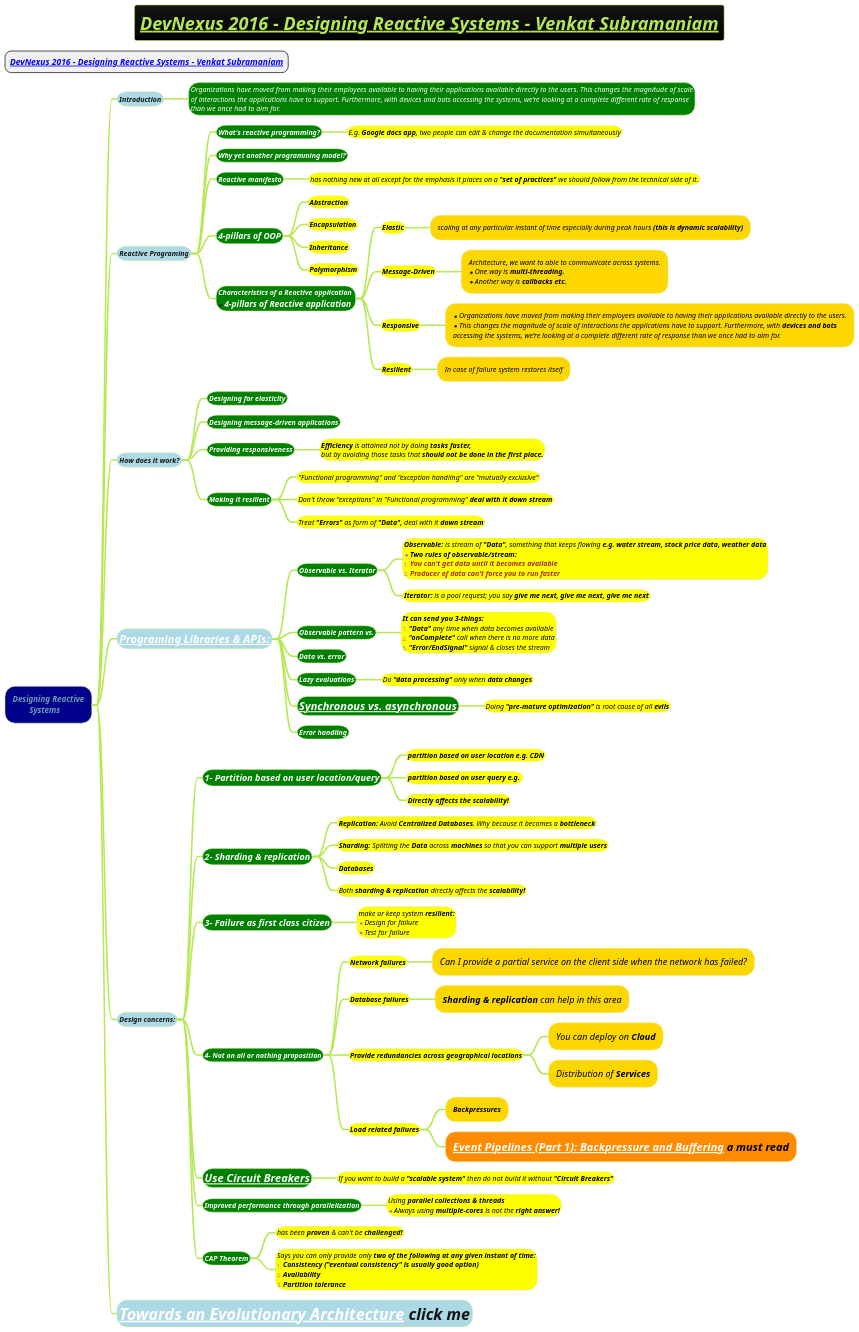
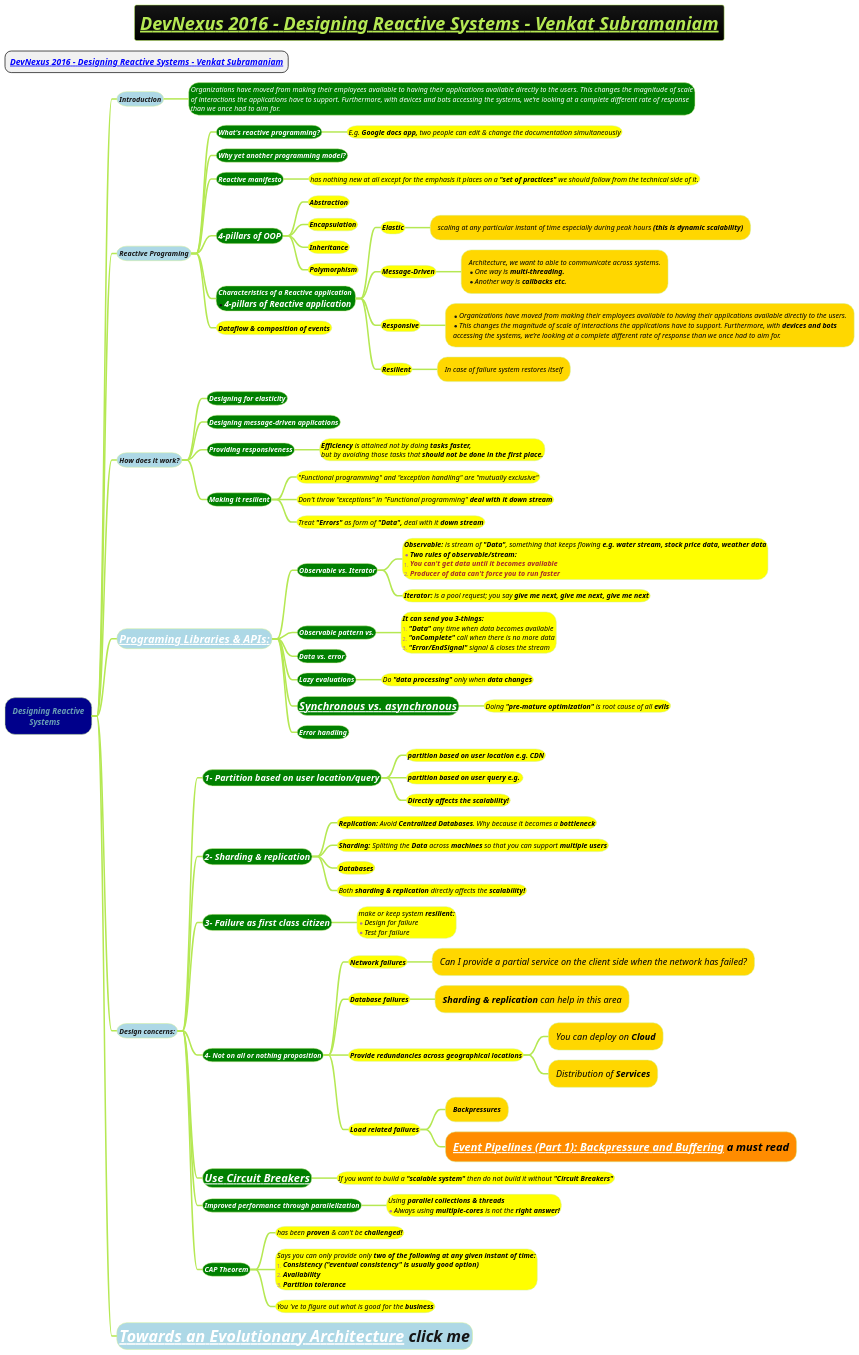
One commit to MehmoodHashmi/Documentation-as-Code-DaC changed the diagram in docs/3-programming-languages/Venkat-Subramaniam/Designing-Reactive-Systems.puml. Above: the diagram before and after it, drawn with PlantUML. The commit also changed 6 other files, not shown here.

```diff
--- a/docs/3-programming-languages/Venkat-Subramaniam/Designing-Reactive-Systems.puml
+++ b/docs/3-programming-languages/Venkat-Subramaniam/Designing-Reactive-Systems.puml
@@ -1,96 +1,98 @@
 @startmindmap
 title =<i><b><u>DevNexus 2016 - Designing Reactive Systems - Venkat Subramaniam
 
 * ===<i><b>[[https://www.youtube.com/watch?v=2k76zO2Q6vg&t=7003s&ab_channel=devnexus DevNexus 2016 - Designing Reactive Systems - Venkat Subramaniam]]
 !theme hacker
 
 *[#darkblue] <i>Designing Reactive\n<i>\tSystems
 **[#lightblue] <i><color #blac><size:14>Introduction
 ***[#green]:<i><color #white><size:14>Organizations have moved from making their employees available to having their applications available directly to the users. This changes the magnitude of scale
 <i><color #white><size:14>of interactions the applications have to support. Furthermore, with devices and bots accessing the systems, we’re looking at a complete different rate of response
 <i><color #white><size:14>than we once had to aim for.;
 
 **[#lightblue] <i><color #blac><size:14>Reactive Programing
 ***[#green] <i><color #white><size:14><b>What's reactive programming?
 ****[#yellow] <i><color #black><size:14>E.g. **Google docs app,** two people can edit & change the documentation simultaneously
 ***[#green] <i><color #white><size:14><b>Why yet another programming model?
 ***[#green] <i><color #white><size:14><b>Reactive manifesto
 ****[#yellow] <i><color #black><size:14>has nothing new at all except for the emphasis it places on a <b>"set of practices"</b> we should follow from the technical side of it.
 ***[#green] <i><color #white><size:14><i><color #white><size:17><b>4-pillars of OOP
 ****[#yellow] <b><i><color #black><size:14>Abstraction
 ****[#yellow] <b><i><color #black><size:14>Encapsulation
 ****[#yellow] <b><i><color #black><size:14>Inheritance
 ****[#yellow] <b><i><color #black><size:14>Polymorphism
 ***[#green] <i><color #white><size:14><b>Characteristics of a Reactive application \n*<i><color #white><size:17><b>4-pillars of Reactive application
 ****[#yellow] <b><i><color #black><size:14>Elastic
 *****[#gold] <i><color #black><size:14>scaling at any particular instant of time especially during peak hours <b>(this is dynamic scalability)
 ****[#yellow] <b><i><color #black><size:14>Message-Driven
 *****[#gold]:<i><color #black><size:14>Architecture, we want to able to communicate across systems.
 *<i><color #black><size:14>One way is <b>multi-threading.
 *<i><color #black><size:14>Another way is <b>callbacks etc.;
 ****[#yellow] <b><i><color #black><size:14>Responsive
 *****[#gold]:*<i><color #black><size:14>Organizations have moved from making their employees available to having their applications available directly to the users.
 *<i><color #black><size:14>This changes the magnitude of scale of interactions the applications have to support. Furthermore, with <b>devices and bots
 <i><color #black><size:14>accessing the systems, we’re looking at a complete different rate of response than we once had to aim for.;
 ****[#yellow] <b><i><color #black><size:14>Resilient
 *****[#gold] <i><color #black><size:14>In case of failure system restores itself
+***[#yellow] <b><i><color #black><size:14>Dataflow & composition of events
 **[#lightblue] <i><color #blac><size:14>How does it work?
 ***[#green] <i><color #white><size:14><b>Designing for elasticity
 ***[#green] <i><color #white><size:14><b>Designing message-driven applications
 ***[#green] <i><color #white><size:14><b>Providing responsiveness
 ****[#yellow] <i><color #black><size:14><b>Efficiency</b> is attained not by doing <b>tasks faster,\n<i><color #black><size:14>but by avoiding those tasks that <b>should not be done in the first place.
 ***[#green] <i><color #white><size:14><b>Making it resilient
 ****[#yellow] <i><color #black><size:14>"Functional programming" and "exception handling" are "mutually exclusive"
 ****[#yellow] <i><color #black><size:14>Don't throw "exceptions" in "Functional programming" <b>deal with it down stream
 ****[#yellow] <i><color #black><size:14>Treat <b>"Errors"</b> as form of <b>"Data",</b> deal with it <b>down stream
 **[#lightblue] <i><color #blac><size:22>[[Reactive-Data-Stream.puml Programing Libraries & APIs:]]
 ***[#green] <i><color #white><size:14><b>Observable vs. Iterator
 ****[#yellow]:<i><color #black><size:14><b>Observable:</b> is stream of <b>"Data"</b>, something that keeps flowing <b>e.g. water stream, stock price data, weather data
 *<i><color #black><size:14><b>Two rules of observable/stream:
 #<i><color #brown><size:14><b>You can't get data until it becomes available
 #<i><color #brown><size:14><b>Producer of data can't force you to run faster;
 ****[#yellow] <i><color #black><size:14><b>Iterator:</b> is a pool request; you say <b>give me next, give me next, give me next
 ***[#green] <i><color #white><size:14><b>Observable pattern vs.
 ****[#yellow]:<i><color #black><size:14><b>It can send you 3-things:</b>
 #<i><color #black><size:14>**"Data"** any time when data becomes available
 #<i><color #black><size:14>**"onComplete"** call when there is no more data
 #<i><color #black><size:14>**"Error/EndSignal"** signal & closes the stream;
 
 ***[#green] <i><color #white><size:14><b>Data vs. error
 ***[#green] <i><color #white><size:14><b>Lazy evaluations
 ****[#yellow] <i><color #black><size:14>Do <b>"data processing"</b> only when <b>data changes
 ***[#green] <i><color #white><size:22><b>[[docs/3-programming-languages/Venkat-Subramaniam/Asynchronous-Programming-in-Java-Options-to-Choose-from.puml Synchronous vs. asynchronous]]
 ****[#yellow] <i><color #black><size:14>Doing <b>"pre-mature optimization"</b> is root cause of all <b>evils
 ***[#green] <i><color #white><size:14><b>Error handling
 **[#lightblue] <i><color #blac><size:14>Design concerns:
 ***[#green] <i><color #white><size:18><b>1- Partition based on user location/query
 ****[#yellow] <i><color #black><size:14><b>partition based on user location e.g. CDN</b>
 ****[#yellow] <i><color #black><size:14><b>partition based on user query e.g. </b>
 ****[#yellow] <i><color #black><size:14><b>Directly affects the scalability!
 ***[#green] <i><color #white><size:18><b>2- Sharding & replication
 ****[#yellow] <i><color #black><size:14>**Replication:** Avoid <b>Centralized Databases</b>. Why because it becomes a <b>bottleneck
 ****[#yellow] <i><color #black><size:14>**Sharding:** Splitting the <b>Data</b> across **machines** so that you can support <b>multiple users
 ****[#yellow] <i><color #black><size:14><b>Databases</b>
 ****[#yellow] <i><color #black><size:14>Both **sharding & replication** directly affects the <b>scalability!
 ***[#green] <i><color #white><size:18><b>3- Failure as first class citizen
 ****[#yellow] <i><color #black><size:14>make or keep system <b>resilient:\n*<i><color #black><size:14>Design for failure\n*<i><color #black><size:14>Test for failure
 ***[#green] <i><color #white><size:14><b>4- Not on all or nothing proposition
 ****[#yellow] <i><color #black><size:14><b>Network failures</b>
 *****[#gold] <i><color #black><size:18>Can I provide a partial service on the client side when the network has failed?
 ****[#yellow] <i><color #black><size:14><b>Database failures</b>
 *****[#gold] <i><color #black><size:18>**Sharding & replication** can help in this area
 ****[#yellow] <i><color #black><size:14><b>Provide redundancies across geographical locations</b>
 *****[#gold] <i><color #black><size:18>You can deploy on <b>Cloud
 *****[#gold] <i><color #black><size:18>Distribution of <b>Services</b>
 ****[#yellow] <i><color #black><size:14><b>Load related failures</b>
 *****[#gold] <i><color #black><size:14><b>Backpressures</b>
 *****[#darkorange] <i><color #black><size:22><b>[[https://zendesk.engineering/event-pipelines-part-1-backpressure-and-buffering-1bba0ed3451e Event Pipelines (Part 1): Backpressure and Buffering]] a must read
 ***[#green] <i><color #white><size:22><b>[[docs/3-programming-languages/Venkat-Subramaniam/Circuit-Breaker.puml Use Circuit Breakers]]
 ****[#yellow] <i><color #black><size:14>If you want to build a <b>"scalable system"</b> then do not build it without <b>"Circuit Breakers"</b>
 ***[#green] <i><color #white><size:14><b>Improved performance through parallelization
 ****[#yellow] <i><color #black><size:14>Using <b>parallel collections & threads\n*<i><color #black><size:14>Always using **multiple-cores** is not the <b>right answer!
 ***[#green] <i><color #white><size:14><b>CAP Theorem
 ****[#yellow] <i><color #black><size:14>has been **proven** & can't be <b>challenged!
 ****[#yellow] <i><color #black><size:14>Says you can only provide only <b>two of the following at any given instant of time:\n#<b><i><color #black><size:14>Consistency ("eventual consistency" is usually good option)\n#<b><i><color #black><size:14>Availability\n#<b><i><color #black><size:14>Partition tolerance
+****[#yellow] <i><color #black><size:14>You 've to figure out what is good for the <b>business
 **[#lightblue] <i><color #blac><size:32>[[docs/3-programming-languages/Venkat-Subramaniam/Towards-an-Evolutionary-Architecture.puml Towards an Evolutionary Architecture]] click me
 @endmindmap
```
